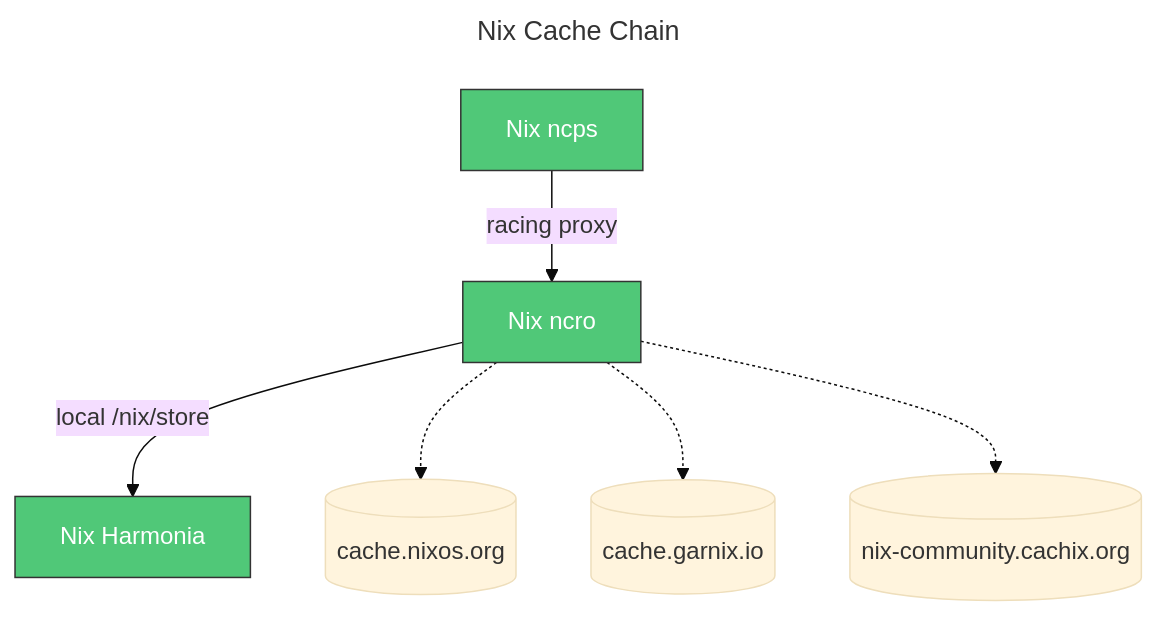
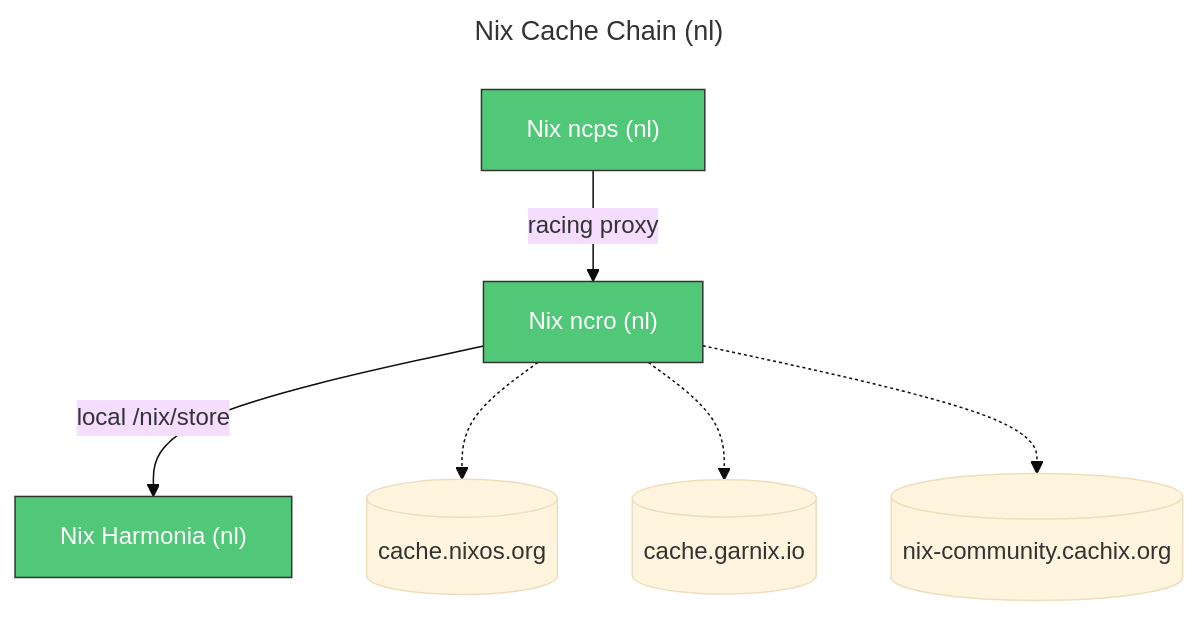
Before and after one commit to levonk/infrahub: the second of 3 diagrams in SERVICES.md, drawn with Mermaid (base theme). The commit also changed other lines of this file and 26 other files, not shown here.

First line of the commit message:
feat: dual-deploy Nix cache chain to cno (OCI ARM64) + nl (Windows X86)

````diff
--- a/SERVICES.md
+++ b/SERVICES.md
@@ -59,21 +60,21 @@
 ```mermaid
 ---
-title: Nix Cache Chain
+title: Nix Cache Chain (nl)
 ---
 flowchart TD
-    Nix_ncps["Nix ncps"]
-    Nix_ncro["Nix ncro"]
-    Nix_ncps -->|racing proxy| Nix_ncro
-    Nix_Harmonia["Nix Harmonia"]
-    Nix_ncro -->|local /nix/store| Nix_Harmonia
-    https___cache_nixos_org_Nix_Cache_Chain[("cache.nixos.org")]
-    Nix_ncro -.-> https___cache_nixos_org_Nix_Cache_Chain
-    https___cache_garnix_io_Nix_Cache_Chain[("cache.garnix.io")]
-    Nix_ncro -.-> https___cache_garnix_io_Nix_Cache_Chain
-    https___nix_community_cachix_org_Nix_Cache_Chain[("nix-community.cachix.org")]
-    Nix_ncro -.-> https___nix_community_cachix_org_Nix_Cache_Chain
+    Nix_ncps__nl_["Nix ncps (nl)"]
+    Nix_ncro__nl_["Nix ncro (nl)"]
+    Nix_ncps__nl_ -->|racing proxy| Nix_ncro__nl_
+    Nix_Harmonia__nl_["Nix Harmonia (nl)"]
+    Nix_ncro__nl_ -->|local /nix/store| Nix_Harmonia__nl_
+    https___cache_nixos_org_Nix_Cache_Chain__nl_[("cache.nixos.org")]
+    Nix_ncro__nl_ -.-> https___cache_nixos_org_Nix_Cache_Chain__nl_
+    https___cache_garnix_io_Nix_Cache_Chain__nl_[("cache.garnix.io")]
+    Nix_ncro__nl_ -.-> https___cache_garnix_io_Nix_Cache_Chain__nl_
+    https___nix_community_cachix_org_Nix_Cache_Chain__nl_[("nix-community.cachix.org")]
+    Nix_ncro__nl_ -.-> https___nix_community_cachix_org_Nix_Cache_Chain__nl_
 
     %% Machine color coding
-    classDef machine_dtop_Nix_Cache_Chain fill:#50C878,color:#fff,stroke:#333,stroke-width:1px
-    class Nix_Harmonia,Nix_ncps,Nix_ncro machine_dtop_Nix_Cache_Chain
+    classDef machine_dtop_Nix_Cache_Chain__nl_ fill:#50C878,color:#fff,stroke:#333,stroke-width:1px
+    class Nix_Harmonia__nl_,Nix_ncro__nl_,Nix_ncps__nl_ machine_dtop_Nix_Cache_Chain__nl_
 ```
````
